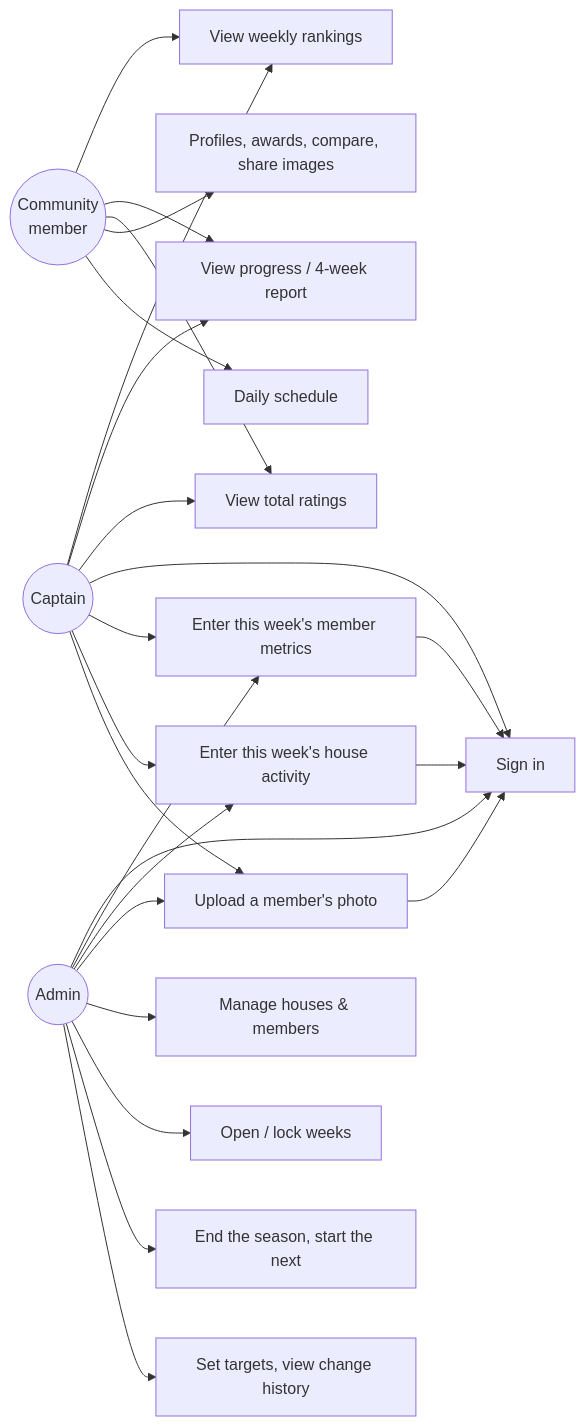
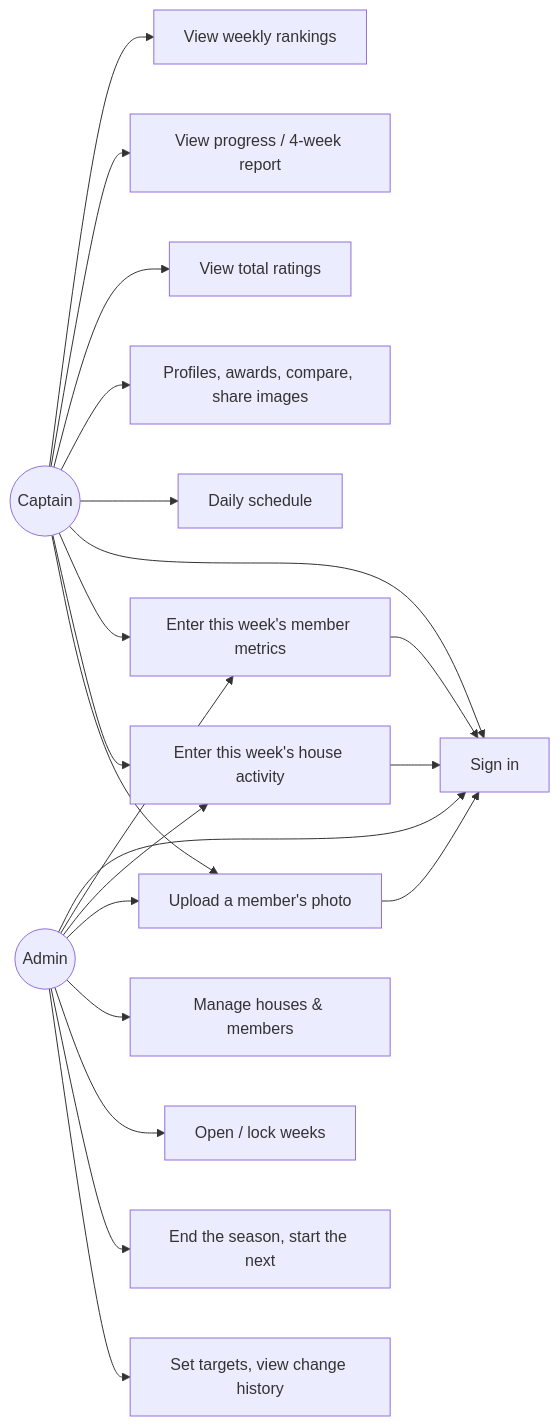
One commit to nurmuhammedkanybekov/tdJamaat-v2 changed the second of 3 diagrams in README.md. Above: the diagram before and after it, drawn with Mermaid. The commit also changed other lines of this file and 8 other files, not shown here.

````diff
--- a/README.md
+++ b/README.md
@@ -200,32 +197,28 @@
 ```mermaid
 flowchart LR
-    Visitor((Community\nmember))
     Captain((Captain))
     Admin((Admin))
 
-    Visitor --> UC1[View weekly rankings]
-    Visitor --> UC2[View progress / 4-week report]
-    Visitor --> UC3[View total ratings]
-    Visitor --> UC10[Profiles, awards, compare, share images]
-    Visitor --> UC11[Daily schedule]
+    Captain --> UC1[View weekly rankings]
+    Captain --> UC2[View progress / 4-week report]
+    Captain --> UC3[View total ratings]
+    Captain --> UC10[Profiles, awards, compare, share images]
+    Captain --> UC11[Daily schedule]
 
-    Captain --> UC1
-    Captain --> UC2
-    Captain --> UC3
     Captain --> UC4[Sign in]
     Captain --> UC5[Enter this week's member metrics]
     Captain --> UC6[Enter this week's house activity]
     Captain --> UC7[Upload a member's photo]
     UC5 --> UC4
     UC6 --> UC4
     UC7 --> UC4
 
     Admin --> UC4
     Admin --> UC5
     Admin --> UC6
     Admin --> UC7
     Admin --> UC8[Manage houses & members]
     Admin --> UC9[Open / lock weeks]
     Admin --> UC12[End the season, start the next]
     Admin --> UC13[Set targets, view change history]
 ```
````
